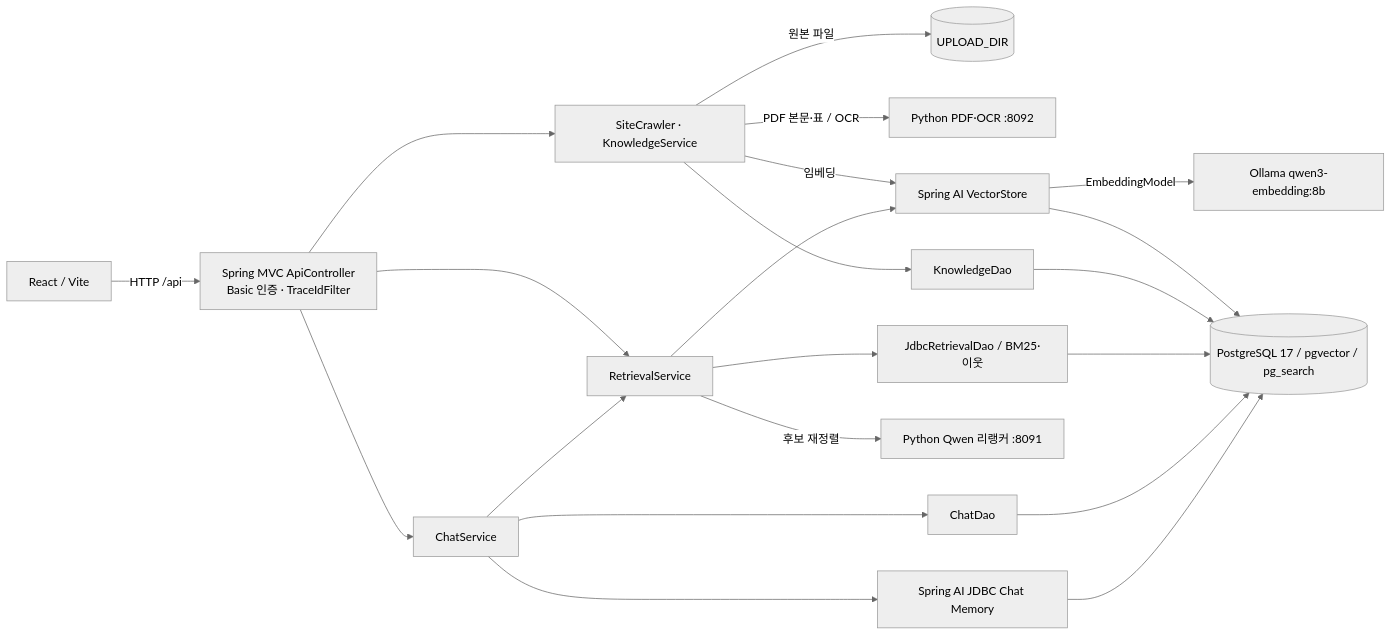
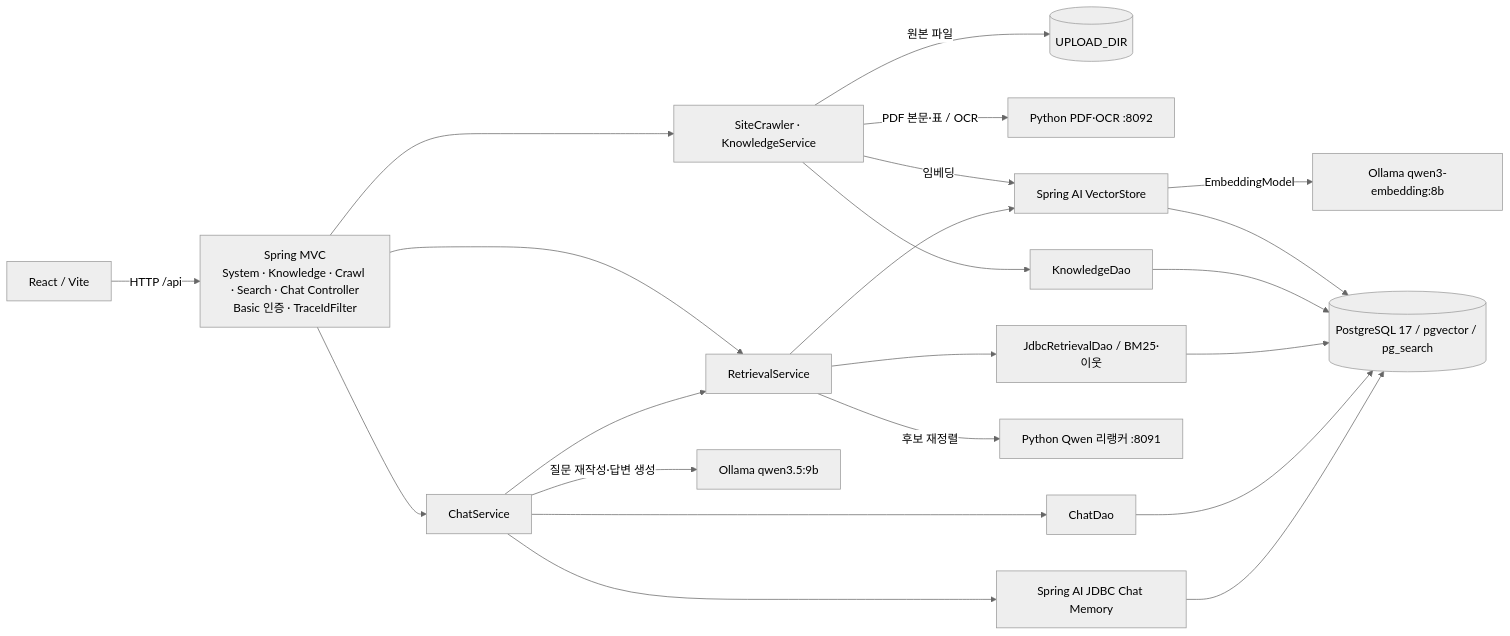
Before and after one commit to xxriny/spring-ai: the diagram in docs/Architecture.md, drawn with Mermaid (neutral theme). The commit also changed other lines of this file and 37 other files, not shown here.

Commit message:
feat: Ollama 스트리밍 채팅과 API 명세 적용

````diff
--- a/docs/Architecture.md
+++ b/docs/Architecture.md
@@ -16,23 +16,24 @@
 ```mermaid
 flowchart LR
-    UI["React / Vite"] -->|"HTTP /api"| API["Spring MVC ApiController<br/>Basic 인증 · TraceIdFilter"]
+    UI["React / Vite"] -->|"HTTP /api"| API["Spring MVC<br/>System · Knowledge · Crawl · Search · Chat Controller<br/>Basic 인증 · TraceIdFilter"]
     API --> K["SiteCrawler · KnowledgeService"]
     API --> R["RetrievalService"]
     API --> C["ChatService"]
     C --> R
     K -->|"원본 파일"| FS[(UPLOAD_DIR)]
     K -->|"PDF 본문·표 / OCR"| PDF["Python PDF·OCR :8092"]
     K -->|"임베딩"| VS["Spring AI VectorStore"]
     VS -->|"EmbeddingModel"| OL["Ollama qwen3-embedding:8b"]
     K --> KD["KnowledgeDao"]
     R --> VS
     R --> RD["JdbcRetrievalDao / BM25·이웃"]
     R -->|"후보 재정렬"| Q["Python Qwen 리랭커 :8091"]
     C --> CD["ChatDao"]
     C --> CM["Spring AI JDBC Chat Memory"]
+    C -->|"질문 재작성·답변 생성"| CHAT["Ollama qwen3.5:9b"]
     VS --> DB[(PostgreSQL 17 / pgvector / pg_search)]
     KD --> DB
     RD --> DB
     CD --> DB
     CM --> DB
 ```
````
